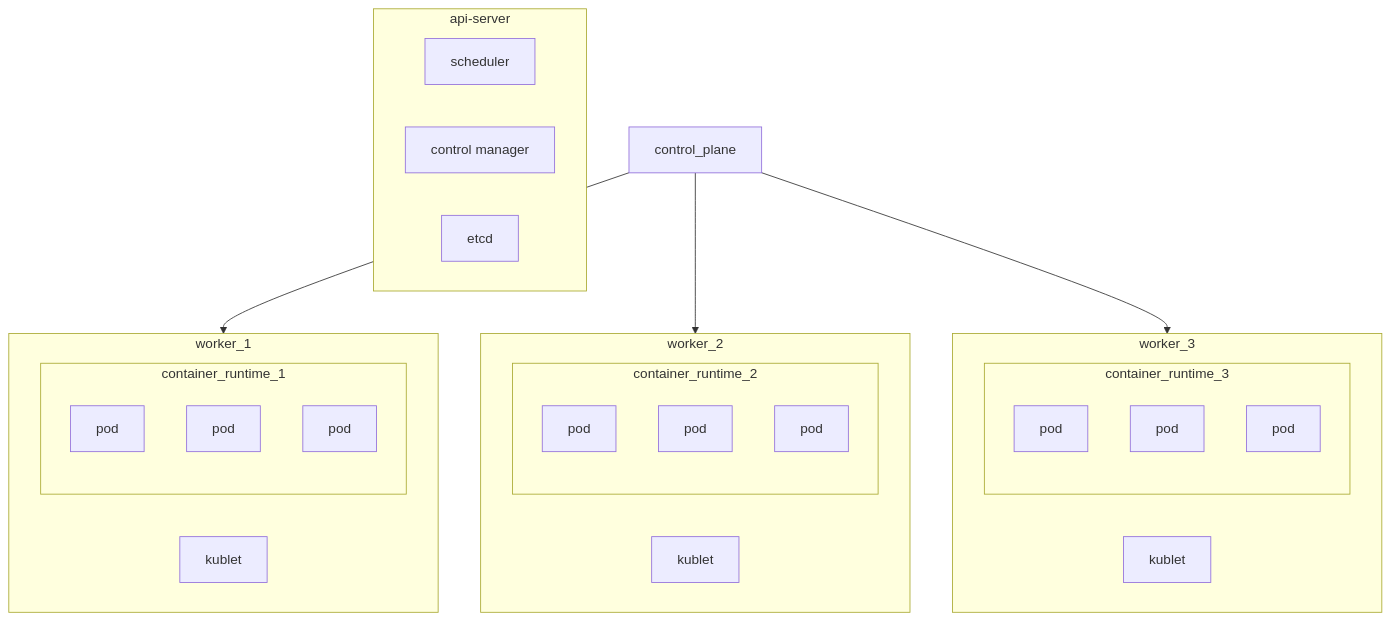
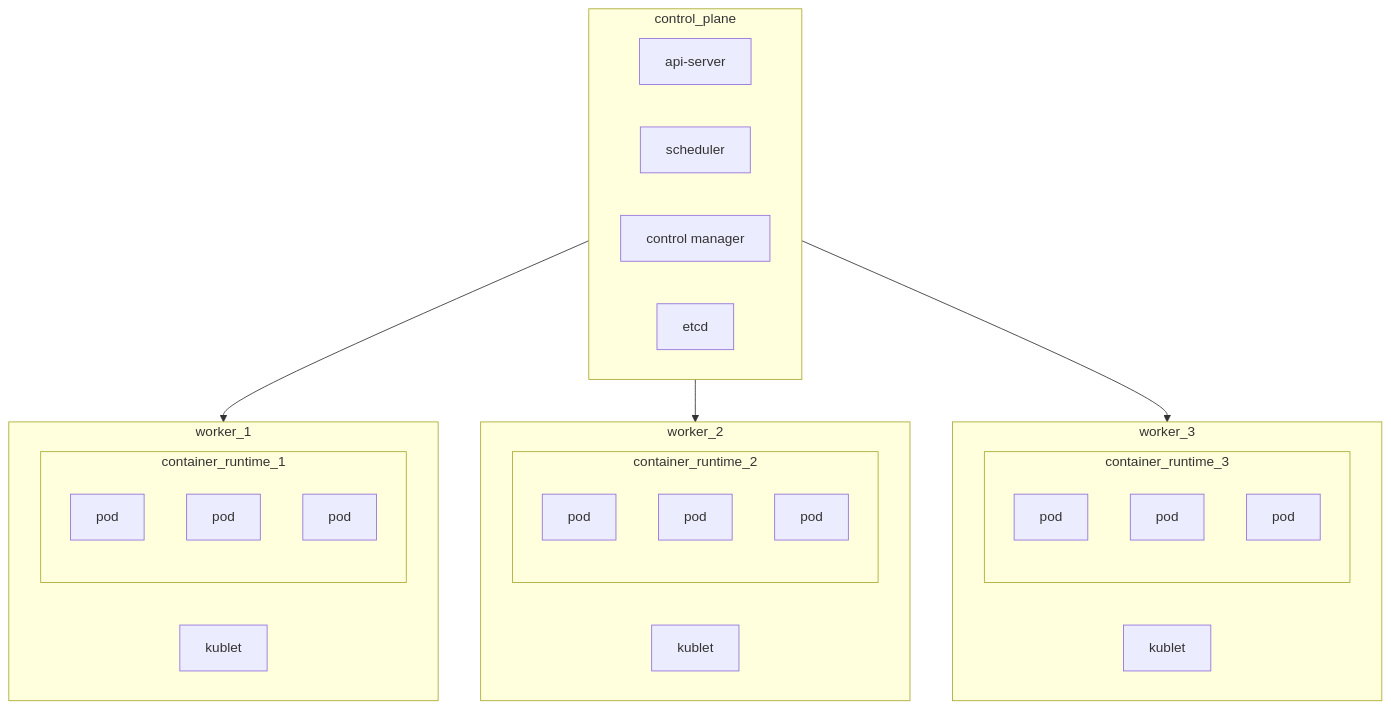
Before and after one commit to carnivuth/carnivuth: the first of 3 diagrams in content/1762772366.md, drawn with Mermaid. The commit also changed other lines of this file and 69 other files, not shown here.

````diff
--- a/content/1762772366.md
+++ b/content/1762772366.md
@@ -27,33 +28,34 @@
 ```mermaid
 flowchart TD
-subgraph control_planthat runs action until a given job is concluded. Controllers does not run actions by themselves but relies on the api A[api-server]
+subgraph control_plane
+A[api-server]
 B[scheduler]
 C[control manager]
 D[etcd]
 end
 subgraph worker_1
 E[kublet]
 subgraph container_runtime_1
 F[pod]
 G[pod]
 H[pod]
 end
 end
 subgraph worker_2
 I[kublet]
 subgraph container_runtime_2
 J[pod]
 K[pod]
 L[pod]
 end
 end
 subgraph worker_3
 M[kublet]
 subgraph container_runtime_3
 N[pod]
 O[pod]
 P[pod]
 end
 end
 control_plane --> worker_1 & worker_2 & worker_3
 ```
````
